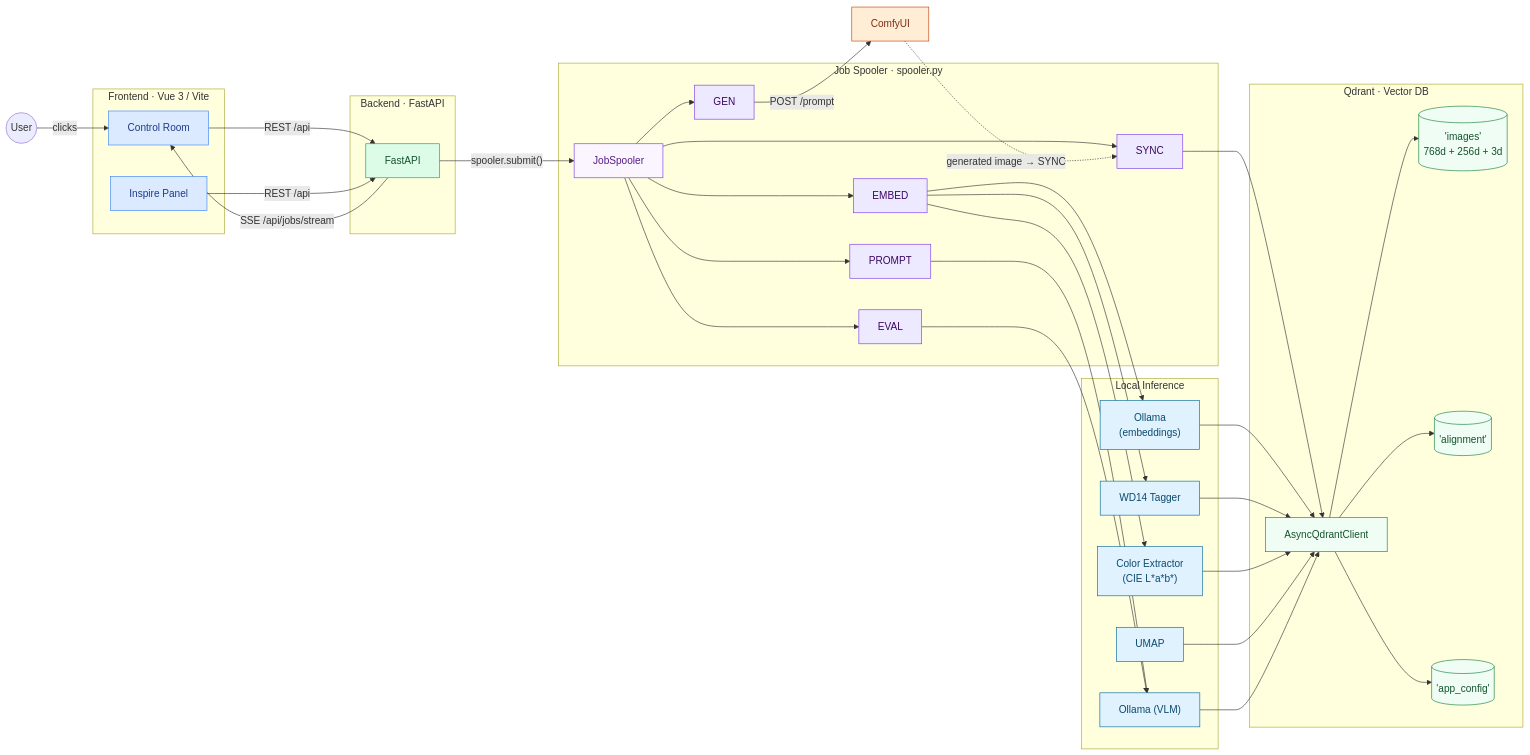
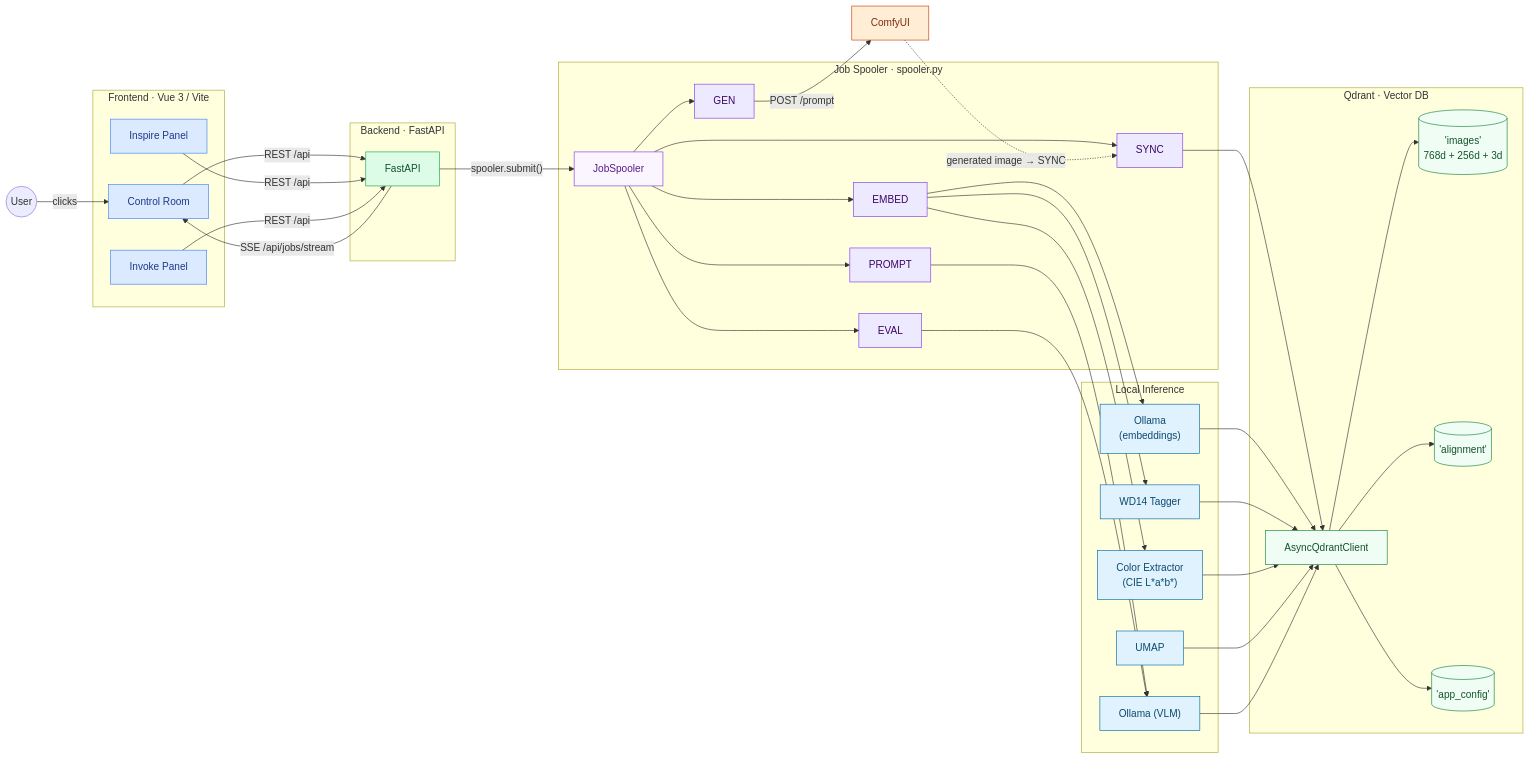
The first of 2 diagrams in README.ja.md (ranbell/ranbell_image), drawn with Mermaid before and after one commit. The commit also changed other lines of this file and 69 other files, not shown here.

````diff
--- a/README.ja.md
+++ b/README.ja.md
@@ -229,69 +254,70 @@
 ```mermaid
 graph LR
     User(("User"))
 
     subgraph FE ["Frontend · Vue 3 / Vite"]
         UI["Control Room"]
         IP["Inspire Panel"]
+        INV["Invoke Panel"]
     end
 
     subgraph BE ["Backend · FastAPI"]
         API["FastAPI"]
     end
 
     subgraph SP ["Job Spooler · spooler.py"]
         Spl["JobSpooler"]
         SYNC["SYNC"]
         EMBED["EMBED"]
         GEN_L["GEN"]
         PROMPT_L["PROMPT"]
         EVAL_L["EVAL"]
     end
 
     subgraph INF ["Local Inference"]
         EMB["Ollama<br/>(embeddings)"]
         VLM_N["Ollama (VLM)"]
         WD14_N["WD14 Tagger"]
         LAB_N["Color Extractor<br/>(CIE L*a*b*)"]
         UMAP_N["UMAP"]
     end
 
     COMFY_N["ComfyUI"]
 
     subgraph DB ["Qdrant · Vector DB"]
         QC["AsyncQdrantClient"]
         IMG[("'images'<br/>768d + 256d + 3d")]
         ALN[("'alignment'")]
         CFG[("'app_config'")]
     end
 
     User -->|"clicks"| UI
-    UI & IP -- "REST /api" --> API
+    UI & IP & INV -- "REST /api" --> API
     API -- "SSE /api/jobs/stream" --> UI
     API -- "spooler.submit()" --> Spl
     Spl --> SYNC & EMBED & GEN_L & PROMPT_L & EVAL_L
     SYNC --> QC
     EMBED --> EMB & WD14_N & LAB_N
     GEN_L -- "POST /prompt" --> COMFY_N
     PROMPT_L & EVAL_L --> VLM_N
     EMB & WD14_N & LAB_N & UMAP_N --> QC
     VLM_N --> QC
     COMFY_N -.->|"generated image → SYNC"| SYNC
     QC --> IMG & ALN & CFG
 
     classDef fe fill:#dbeafe,stroke:#3b82f6,color:#1e3a8a
     classDef api fill:#dcfce7,stroke:#16a34a,color:#14532d
     classDef spooler fill:#faf5ff,stroke:#7c3aed,color:#581c87
     classDef lane fill:#ede9fe,stroke:#7c3aed,color:#3b0764
     classDef infer fill:#e0f2fe,stroke:#0369a1,color:#0c4a6e
     classDef gen fill:#ffedd5,stroke:#c2410c,color:#7c2d12
     classDef db fill:#f0fdf4,stroke:#15803d,color:#14532d
 
-    class UI,IP fe
+    class UI,IP,INV fe
     class API api
     class Spl spooler
     class SYNC,EMBED,GEN_L,PROMPT_L,EVAL_L lane
     class EMB,VLM_N,WD14_N,LAB_N,UMAP_N infer
     class COMFY_N gen
     class QC,IMG,ALN,CFG db
 ```
````
